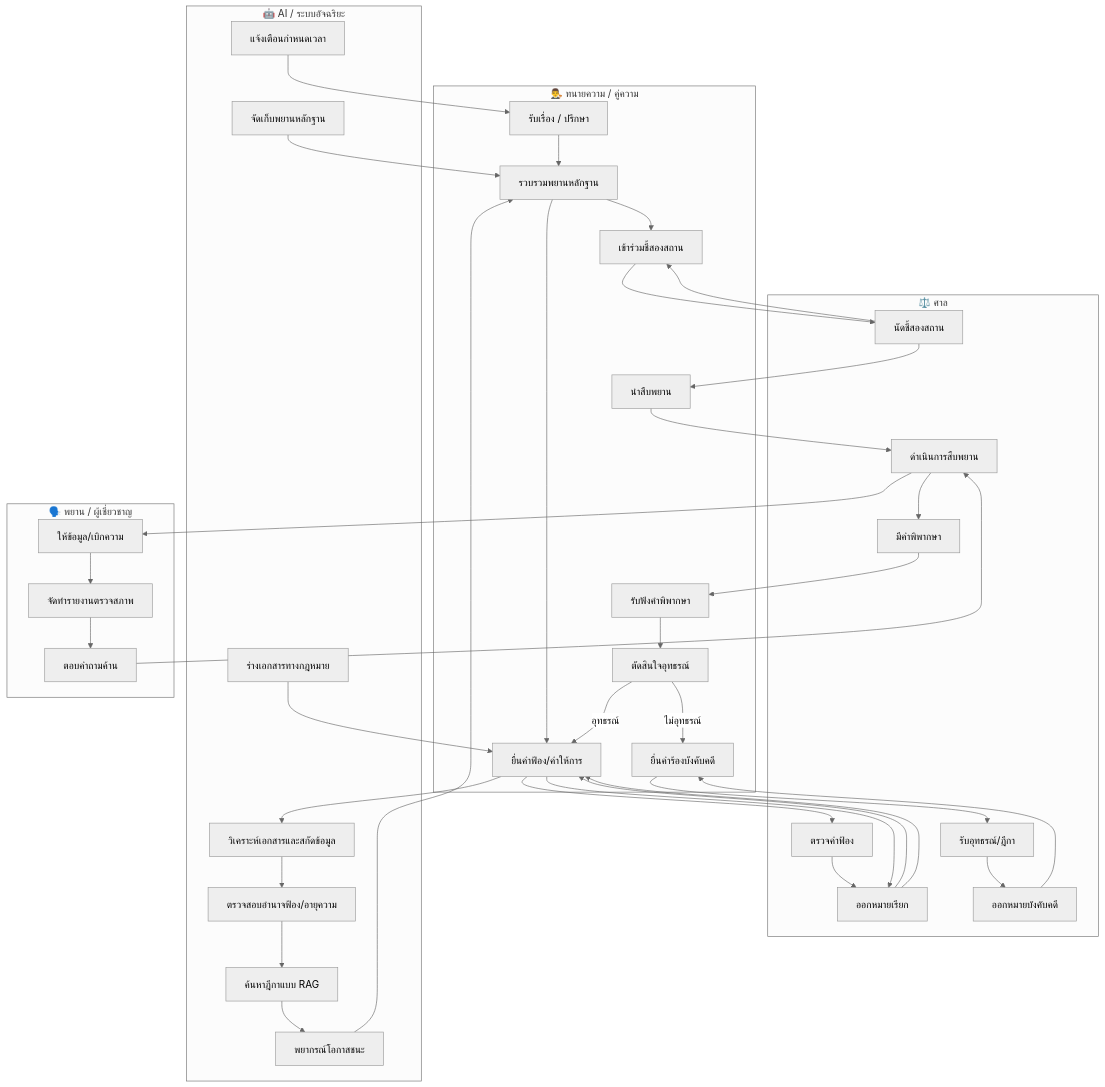
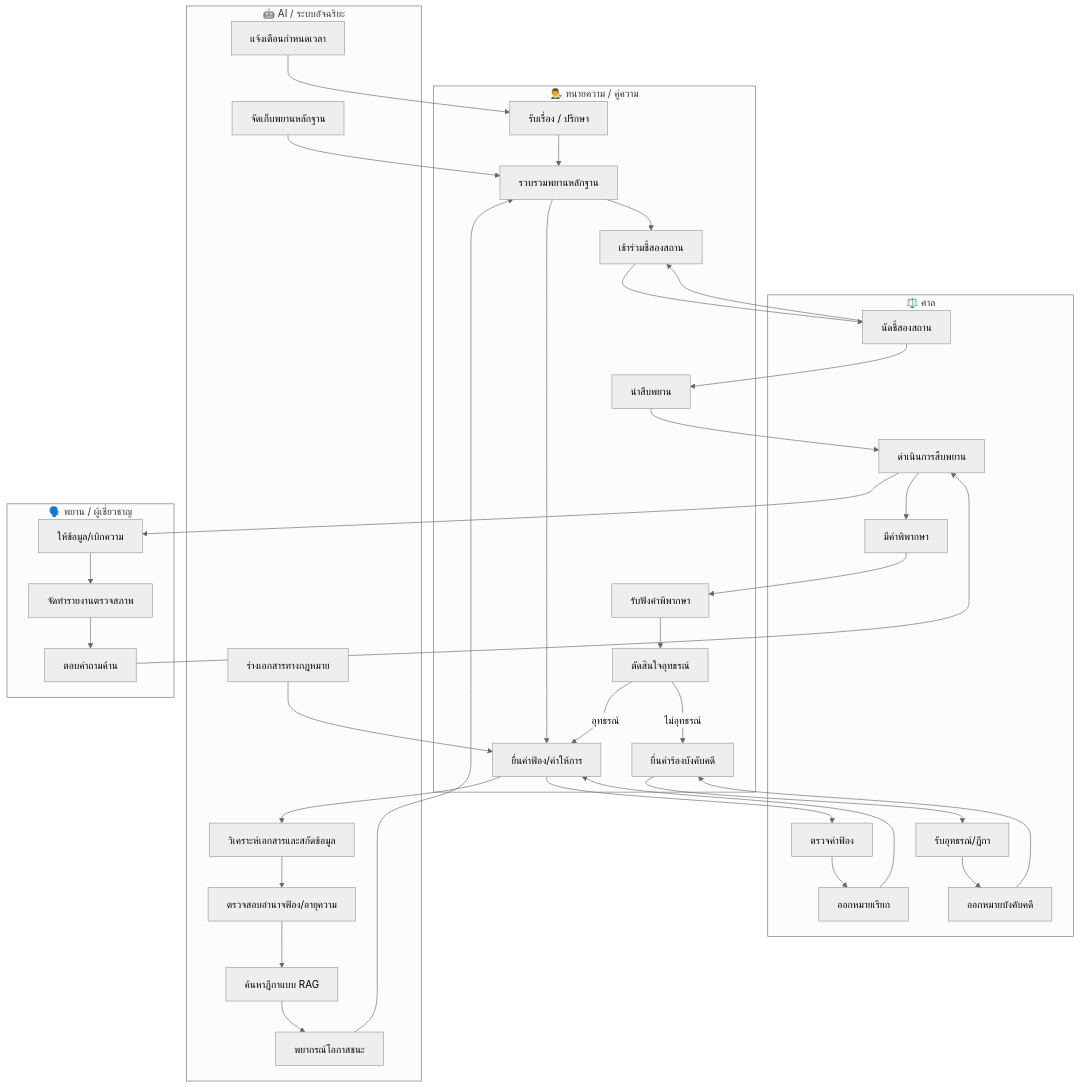
One commit to kongnakornna/gorestapi changed the first of 7 diagrams in project_manamet/BCM/Lagalapp-part2.md. Above: the diagram before and after it, drawn with Mermaid (neutral theme). The commit also changed other lines of this file, not shown here.

````diff
--- a/project_manamet/BCM/Lagalapp-part2.md
+++ b/project_manamet/BCM/Lagalapp-part2.md
@@ -240,69 +190,60 @@
 ```mermaid
 flowchart TB
     subgraph LawyerClient [👨‍⚖️ ทนายความ / คู่ความ]
         L1[รับเรื่อง / ปรึกษา]
         L2[รวบรวมพยานหลักฐาน]
         L3[ยื่นคำฟ้อง/คำให้การ]
         L4[เข้าร่วมชี้สองสถาน]
         L5[นำสืบพยาน]
         L6[รับฟังคำพิพากษา]
         L7[ตัดสินใจอุทธรณ์]
         L8[ยื่นคำร้องบังคับคดี]
     end
 
     subgraph Court [⚖️ ศาล]
         C1[ตรวจคำฟ้อง]
         C2[ออกหมายเรียก]
         C3[นัดชี้สองสถาน]
         C4[ดำเนินการสืบพยาน]
         C5[มีคำพิพากษา]
         C6[รับอุทธรณ์/ฎีกา]
         C7[ออกหมายบังคับคดี]
     end
 
     subgraph AISystem [🤖 AI / ระบบอัจฉริยะ]
         A1[วิเคราะห์เอกสารและสกัดข้อมูล]
         A2[ตรวจสอบอำนาจฟ้อง/อายุความ]
         A3[ค้นหาฎีกาแบบ RAG]
         A4[พยากรณ์โอกาสชนะ]
         A5[ร่างเอกสารทางกฎหมาย]
         A6[แจ้งเตือนกำหนดเวลา]
         A7[จัดเก็บพยานหลักฐาน]
     end
 
     subgraph WitnessExpert [🗣️ พยาน / ผู้เชี่ยวชาญ]
         W1[ให้ข้อมูล/เบิกความ]
         W2[จัดทำรายงานตรวจสภาพ]
         W3[ตอบคำถามค้าน]
     end
 
     L1 --> L2 --> L3
     L3 --> C1
     C1 --> C2
     C2 --> L3
     L3 --> A1
     A1 --> A2 --> A3 --> A4
     A4 --> L2
-    C2 --> L3
-    L3 --> C2
     L2 --> L4
     L4 --> C3
-    C3 --> L4
-    C3 --> L5
+    C3 --> L4 & L5
     L5 --> C4
-    C4 --> W1
-    W1 --> W2 --> W3
-    W3 --> C4
-    C4 --> C5
-    C5 --> L6
+    C4 --> W1 --> W2 --> W3 --> C4
+    C4 --> C5 --> L6
     L6 --> L7
     L7 -->|อุทธรณ์| L3
     L7 -->|ไม่อุทธรณ์| L8
-    L8 --> C6
-    C6 --> C7
-    C7 --> L8
-
+    L8 --> C6 --> C7 --> L8
     A5 --> L3
     A6 --> L1
     A7 --> L2
 ```
````
